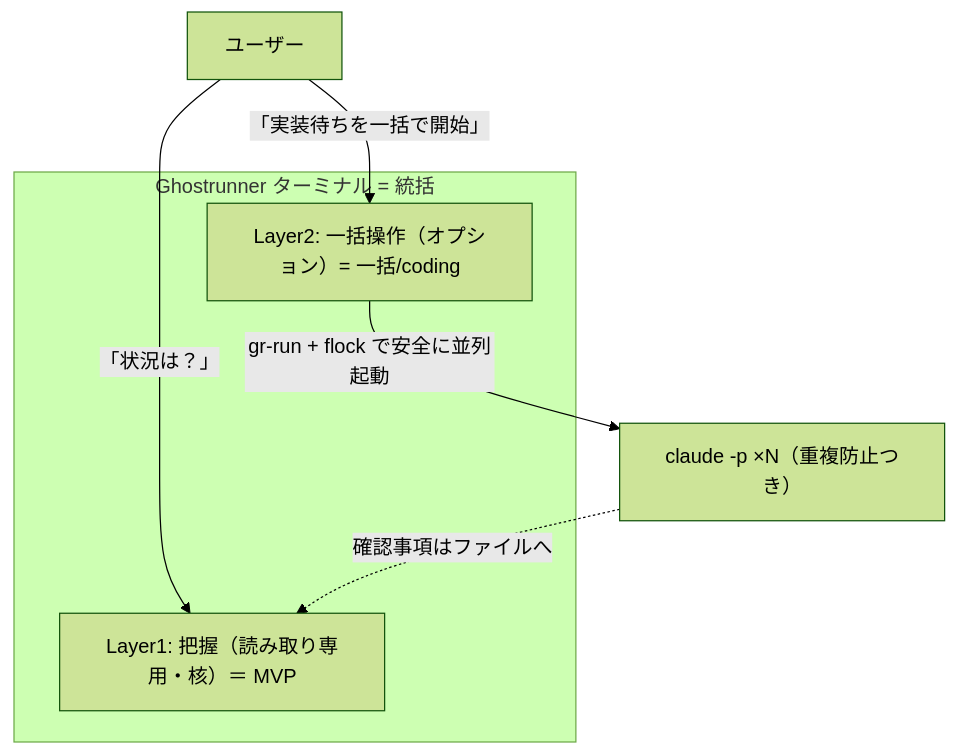
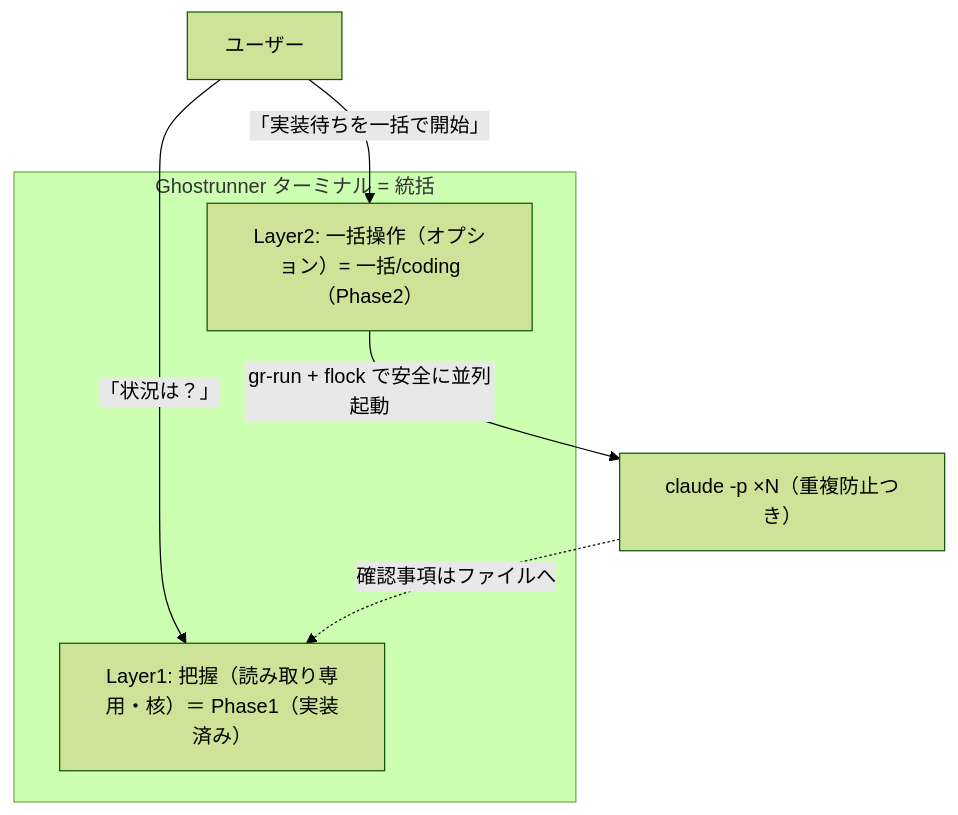
Before and after one commit to nyan-tama/Ghostrunner: the fourth of 10 diagrams in 開発/検討中/2026-05-24_複数プロジェクト統括ターミナル.md, drawn with Mermaid (forest theme). The commit also changed other lines of this file, not shown here.

````diff
--- a/開発/検討中/2026-05-24_複数プロジェクト統括ターミナル.md
+++ b/開発/検討中/2026-05-24_複数プロジェクト統括ターミナル.md
@@ -229,11 +231,11 @@
 ```mermaid
 flowchart TB
     subgraph Hub["Ghostrunner ターミナル = 統括"]
-        L1["Layer1: 把握（読み取り専用・核）＝ MVP"]
-        L2["Layer2: 一括操作（オプション）= 一括/coding"]
+        L1["Layer1: 把握（読み取り専用・核）＝ Phase1（実装済み）"]
+        L2["Layer2: 一括操作（オプション）= 一括/coding（Phase2）"]
     end
     User["ユーザー"] -->|「状況は？」| L1
     User -->|「実装待ちを一括で開始」| L2
     L2 -->|gr-run + flock で安全に並列起動| W["claude -p ×N（重複防止つき）"]
     W -. 確認事項はファイルへ .-> L1
 ```
````
